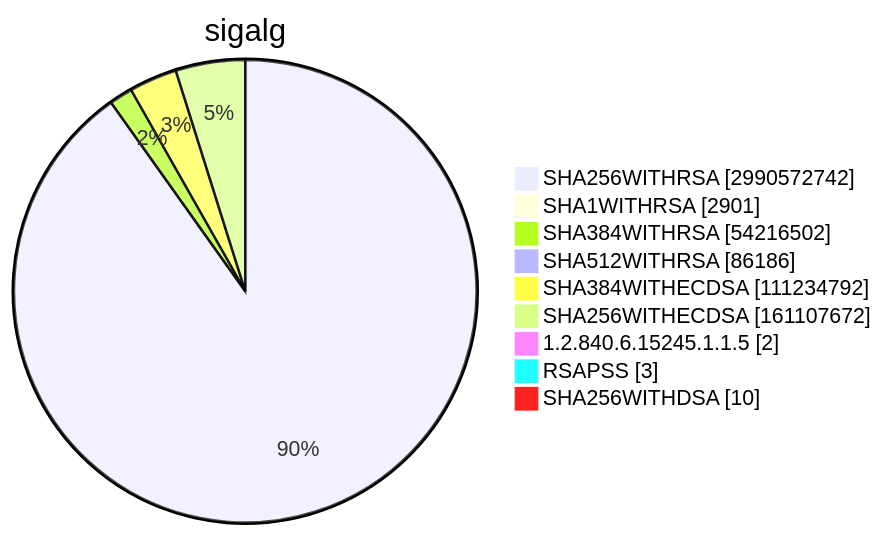
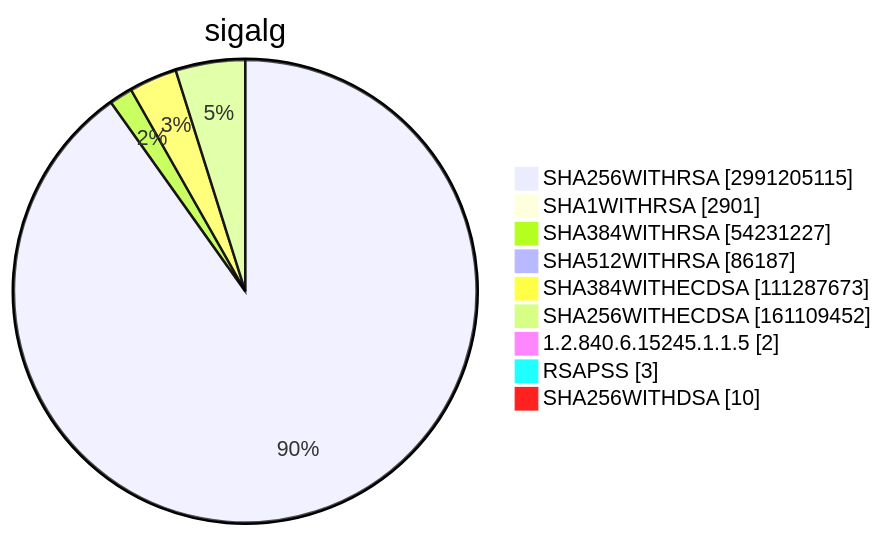
Diagram 15 of 15 in TOTAL/README.md (christiankrug/ctmonitor_visualization), drawn with Mermaid before and after one commit. The commit also changed other lines of this file, not shown here.

````diff
--- a/TOTAL/README.md
+++ b/TOTAL/README.md
@@ -6208,13 +6208,13 @@
 ```mermaid
 pie showData
 title sigalg
-"SHA256WITHRSA" :2990572742
+"SHA256WITHRSA" :2991205115
 "SHA1WITHRSA" :2901
-"SHA384WITHRSA" :54216502
-"SHA512WITHRSA" :86186
-"SHA384WITHECDSA" :111234792
-"SHA256WITHECDSA" :161107672
+"SHA384WITHRSA" :54231227
+"SHA512WITHRSA" :86187
+"SHA384WITHECDSA" :111287673
+"SHA256WITHECDSA" :161109452
 "1.2.840.6.15245.1.1.5" :2
 "RSAPSS" :3
 "SHA256WITHDSA" :10
 ```
````
